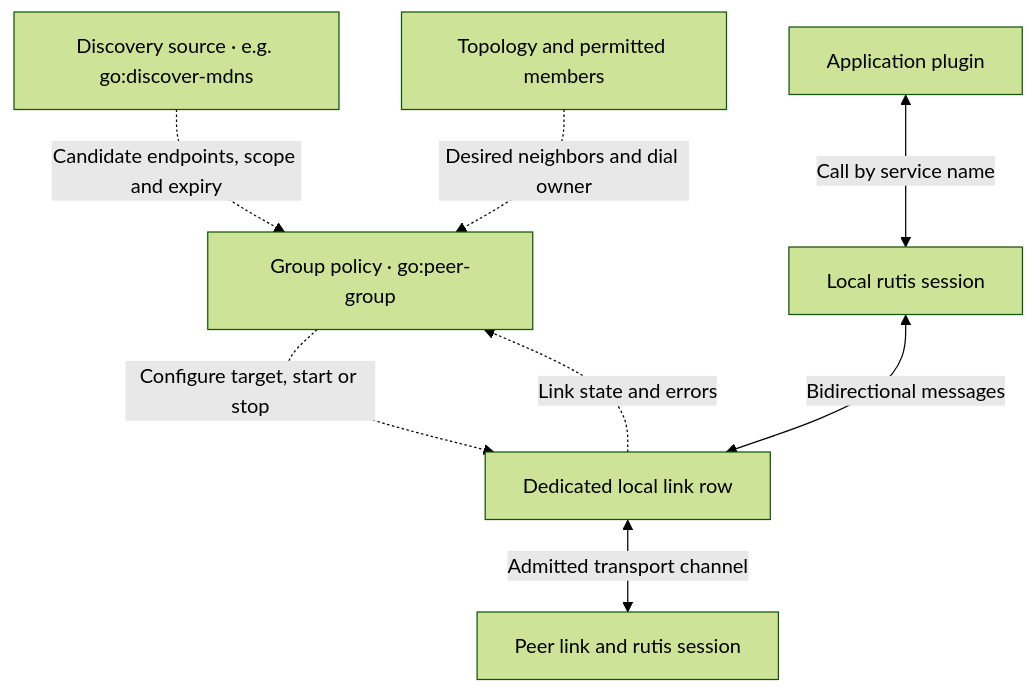
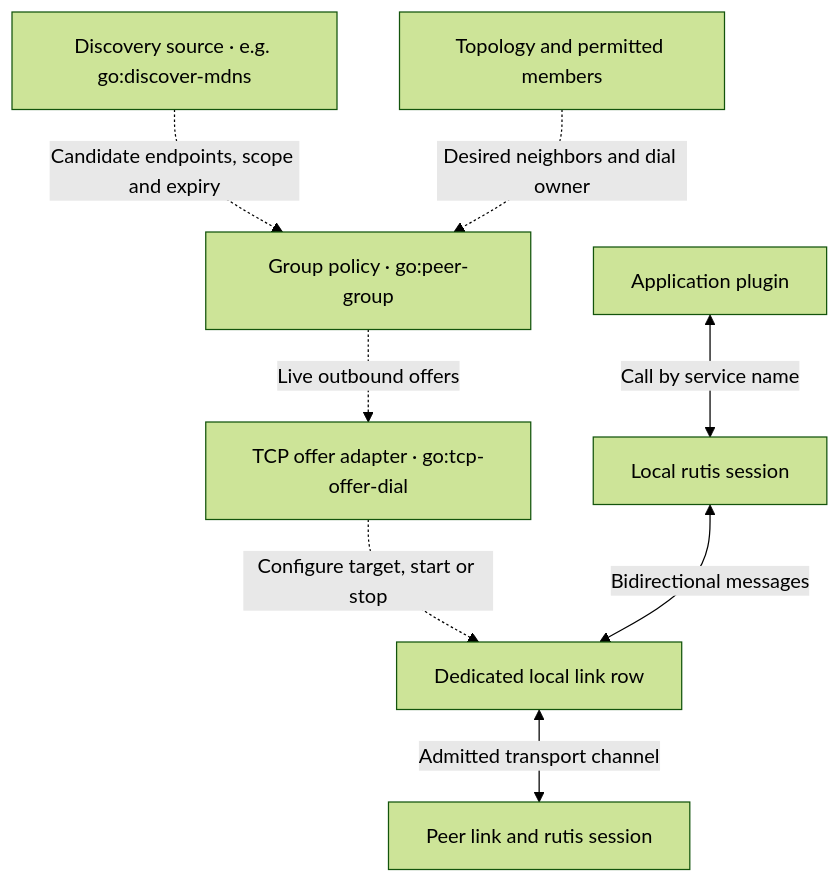
Before and after one commit to arcships/rutis-network: the ninth of 9 diagrams in docs/research/network-groups.en.md, drawn with Mermaid (forest theme). The commit also changed other lines of this file and 10 other files, not shown here.

````diff
--- a/docs/research/network-groups.en.md
+++ b/docs/research/network-groups.en.md
@@ -234,10 +234,10 @@
 ```mermaid
 flowchart TB
     discovery["Discovery source · e.g. go:discover-mdns"] -. Candidate endpoints, scope and expiry .-> group["Group policy · go:peer-group"]
     topology["Topology and permitted members"] -. Desired neighbors and dial owner .-> group
-    group -. Configure target, start or stop .-> link["Dedicated local link row"]
-    link -. Link state and errors .-> group
+    group -. Live outbound offers .-> adapter["TCP offer adapter · go:tcp-offer-dial"]
+    adapter -. Configure target, start or stop .-> link["Dedicated local link row"]
     app["Application plugin"] <-->|Call by service name| session
     session["Local rutis session"] <-->|Bidirectional messages| link
     link <-->|Admitted transport channel| peer["Peer link and rutis session"]
 ```
````
